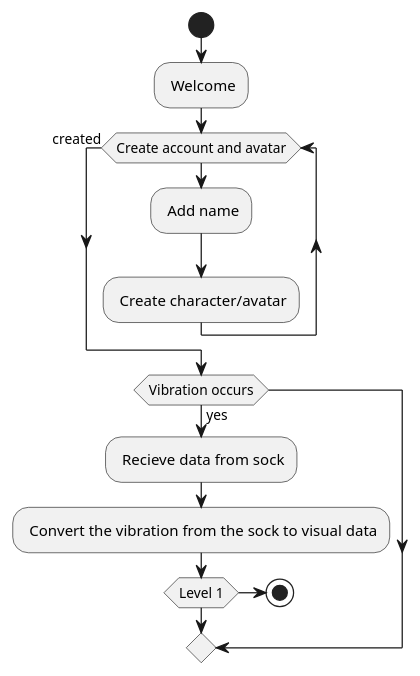
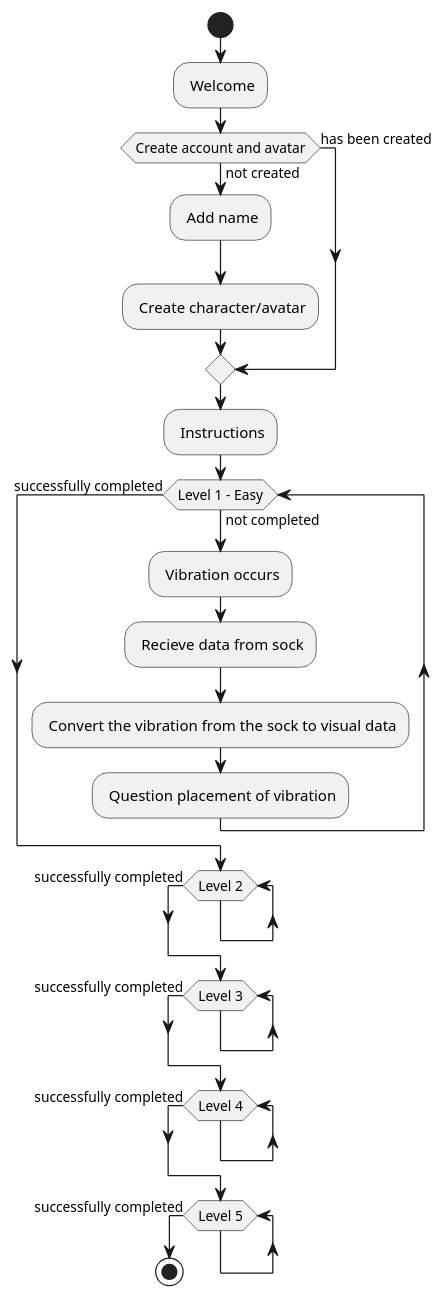
Before and after one commit to Shrimoyee01/DMMS: the diagram in pedisens.plantuml, drawn with PlantUML.

```diff
--- a/pedisens.plantuml
+++ b/pedisens.plantuml
@@ -1,15 +1,36 @@
 @startuml PEDISENS
+| |
 start
 : Welcome;
-while (Create account and avatar)
-: Add name;
-: Create character/avatar;
-endwhile (created)
+if (Create account and avatar) then (not created)
+    : Add name;
+    : Create character/avatar;
+else (has been created)
 
-' else (yes)
-if (Vibration occurs) then (yes)
-: Recieve data from sock;
-: Convert the vibration from the sock to visual data;
-if (Level 1) 
-stop
+endif
+: Instructions;
+
+
+   ' : try;
+    while (Level 1 - Easy) is (not completed)
+    : Vibration occurs;
+    : Recieve data from sock;
+    : Convert the vibration from the sock to visual data;
+    : Question placement of vibration;
+' repeat while (Level 1 Unsuccessful) is (unsuccessful) not (continue)
+endwhile (successfully completed)
+    while (Level 2)
+    endwhile (successfully completed)
+
+    while (Level 3)
+    endwhile (successfully completed)
+
+    while (Level 4)
+    endwhile (successfully completed)
+
+    while (Level 5)
+    endwhile (successfully completed)
+
+        
+ stop
 @enduml
```
